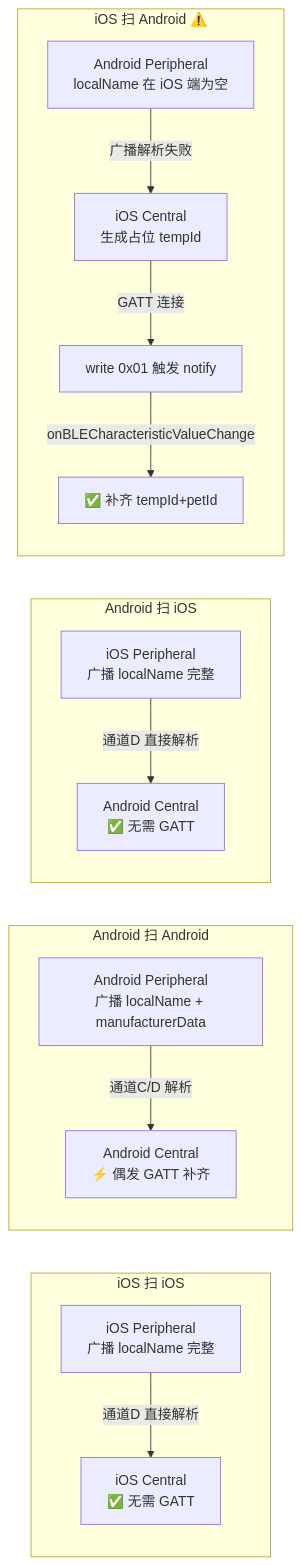
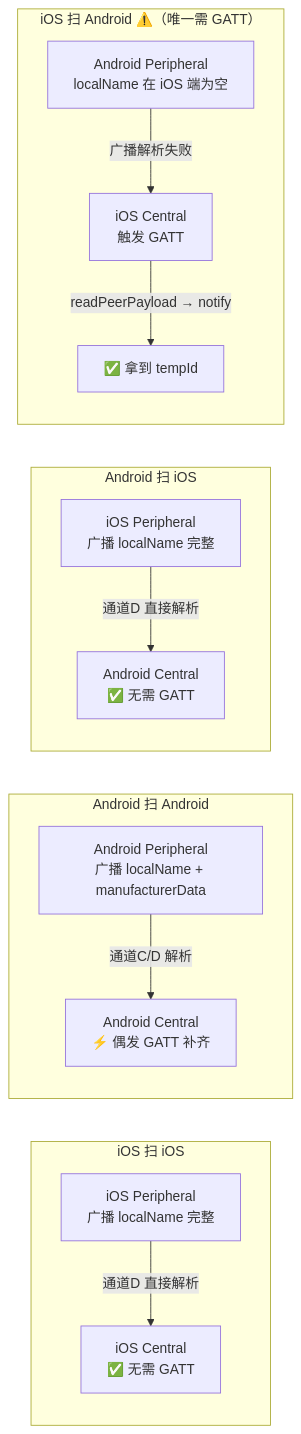
One commit to novlan1/notes changed diagram 17 of 17 in docs/2026下/蓝牙通信.md. Above: the diagram before and after it, drawn with Mermaid. The commit also changed other lines of this file, not shown here.

````diff
--- a/docs/2026下/蓝牙通信.md
+++ b/docs/2026下/蓝牙通信.md
@@ -559,17 +570,16 @@
 ```mermaid
 graph LR
     subgraph "iOS 扫 iOS"
         A1["iOS Peripheral<br/>广播 localName 完整"] -->|"通道D 直接解析"| A2["iOS Central<br/>✅ 无需 GATT"]
     end
     subgraph "Android 扫 Android"
         B1["Android Peripheral<br/>广播 localName + manufacturerData"] -->|"通道C/D 解析"| B2["Android Central<br/>⚡ 偶发 GATT 补齐"]
     end
     subgraph "Android 扫 iOS"
         C1["iOS Peripheral<br/>广播 localName 完整"] -->|"通道D 直接解析"| C2["Android Central<br/>✅ 无需 GATT"]
     end
-    subgraph "iOS 扫 Android ⚠️"
-        D1["Android Peripheral<br/>localName 在 iOS 端为空"] -->|"广播解析失败"| D2["iOS Central<br/>生成占位 tempId"]
-        D2 -->|"GATT 连接"| D3["write 0x01 触发 notify"]
-        D3 -->|"onBLECharacteristicValueChange"| D4["✅ 补齐 tempId+petId"]
+    subgraph "iOS 扫 Android ⚠️（唯一需 GATT）"
+        D1["Android Peripheral<br/>localName 在 iOS 端为空"] -->|"广播解析失败"| D2["iOS Central<br/>触发 GATT"]
+        D2 -->|"readPeerPayload → notify"| D3["✅ 拿到 tempId"]
     end
 ```
````
